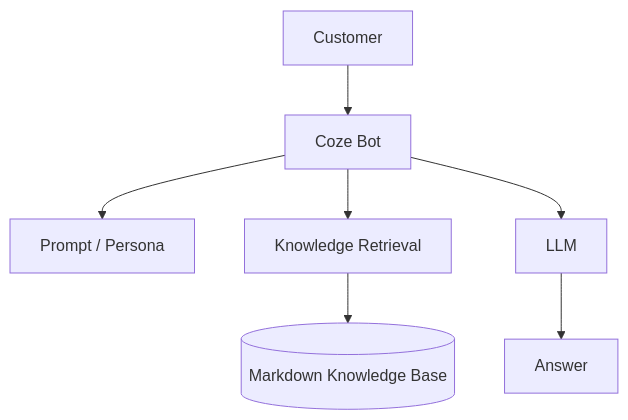
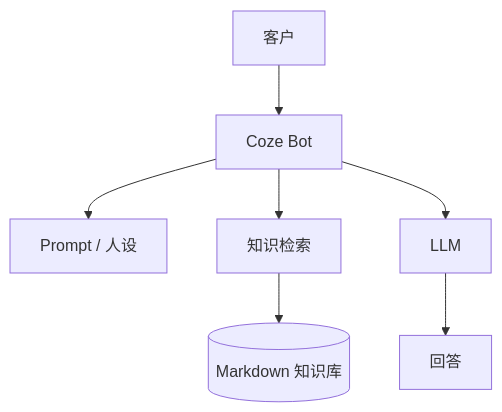
The diagram in README.md (Dream22180971/coze-ecommerce-bot), drawn with Mermaid before and after one commit. The commit also changed other lines of this file and 4 other files, not shown here.

````diff
--- a/README.md
+++ b/README.md
@@ -82,9 +82,9 @@
 ```mermaid
 flowchart TB
-    U[Customer] --> B[Coze Bot]
-    B --> P[Prompt / Persona]
-    B --> R[Knowledge Retrieval]
-    R --> K[(Markdown Knowledge Base)]
+    U[客户] --> B[Coze Bot]
+    B --> P[Prompt / 人设]
+    B --> R[知识检索]
+    R --> K[(Markdown 知识库)]
     B --> L[LLM]
-    L --> A[Answer]
+    L --> A[回答]
 ```
````
